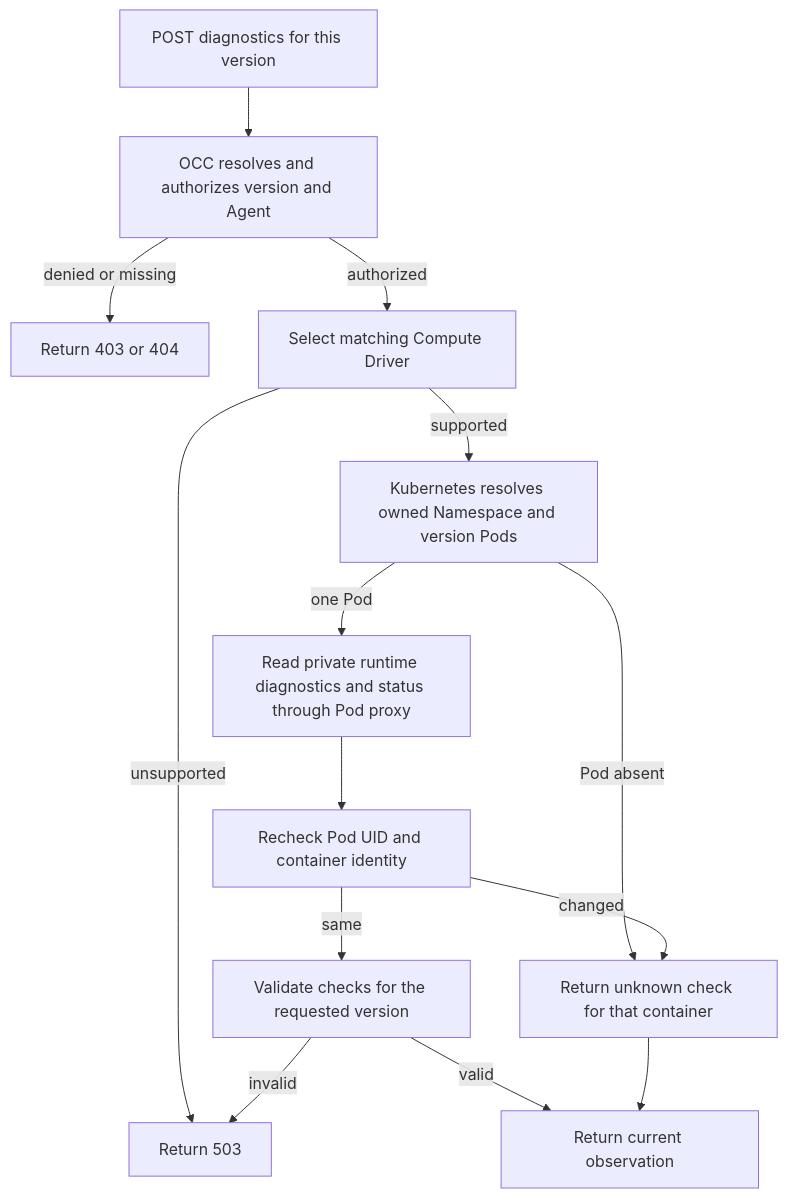
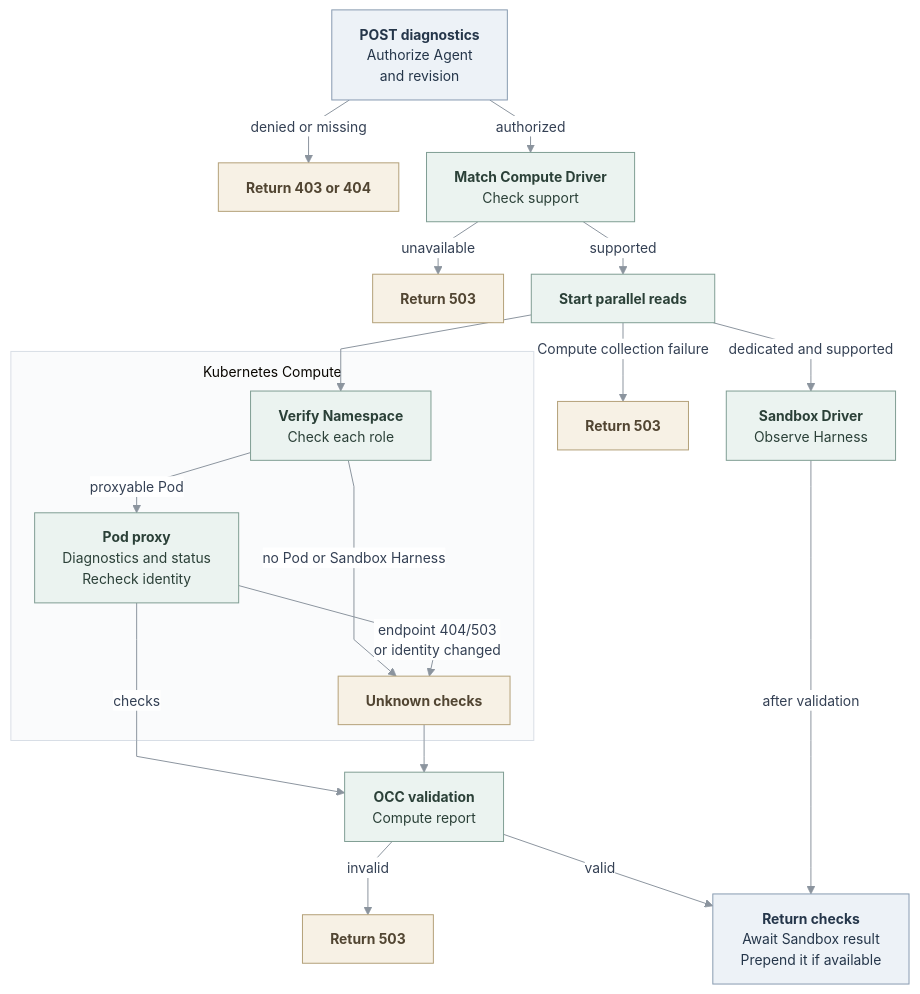
Before and after one commit to openclaw/openclaw-enterprise: the diagram in docs/flows/agent-deployment-diagnostics.md, drawn with Mermaid. The commit also changed other lines of this file and 1 other file, not shown here.

Commit message:
docs: correct Agent ownership and deployment diagnostics

````diff
--- a/docs/flows/agent-deployment-diagnostics.md
+++ b/docs/flows/agent-deployment-diagnostics.md
@@ -28,16 +28,29 @@
 ```mermaid
 graph TD
-  A["POST diagnostics for this version"] --> B["OCC resolves and authorizes version and Agent"]
-  B -->|denied or missing| C["Return 403 or 404"]
-  B -->|authorized| D["Select matching Compute Driver"]
-  D -->|unsupported| E["Return 503"]
-  D -->|supported| F["Kubernetes resolves owned Namespace and version Pods"]
-  F -->|Pod absent| G["Return unknown check for that container"]
-  F -->|one Pod| H["Read private runtime diagnostics and status through Pod proxy"]
-  H --> I["Recheck Pod UID and container identity"]
-  I -->|changed| G
-  I -->|same| J["Validate checks for the requested version"]
-  J -->|invalid| E
-  J -->|valid| K["Return current observation"]
-  G --> K
+  %%{init: {"theme":"base","htmlLabels":true,"themeVariables":{"fontSize":"14px","primaryTextColor":"#344054","lineColor":"#8B949E","edgeLabelBackground":"#FFFFFF","clusterBkg":"#FAFBFC","clusterBorder":"#D8DEE6"},"flowchart":{"curve":"linear","nodeSpacing":28,"rankSpacing":32,"padding":14,"diagramPadding":12,"subGraphTitleMargin":{"top":10,"bottom":14}}}}%%
+  A["<b>POST diagnostics</b><br/>Authorize Agent<br/>and revision"] -->|denied or missing| C["<b>Return 403 or 404</b>"]
+  A -->|authorized| D["<b>Match Compute Driver</b><br/>Check support"]
+  D -->|unavailable| U["<b>Return 503</b>"]
+  D -->|supported| B["<b>Start parallel reads</b>"]
+  B --> F
+  B -->|Compute collection failure| X["<b>Return 503</b>"]
+  B -->|dedicated and supported| S["<b>Sandbox Driver</b><br/>Observe Harness"]
+  subgraph Pods["Kubernetes Compute"]
+    F["<b>Verify Namespace</b><br/>Check each role"] -->|proxyable Pod| H["<b>Pod proxy</b><br/>Diagnostics and status<br/>Recheck identity"]
+    F -->|no Pod or Sandbox Harness| G["<b>Unknown checks</b>"]
+    H -->|endpoint 404/503<br/>or identity changed| G
+  end
+  H -->|checks| J["<b>OCC validation</b><br/>Compute report"]
+  G --> J
+  J -->|invalid| E["<b>Return 503</b>"]
+  J -->|valid| K["<b>Return checks</b><br/>Await Sandbox result<br/>Prepend it if available"]
+  S ----->|after validation| K
+  classDef draft fill:#EDF2F7,stroke:#879AB0,color:#25364A,stroke-width:1px
+  classDef operation fill:#EBF3F0,stroke:#7F9D93,color:#2B4038,stroke-width:1px
+  classDef blocked fill:#F7F1E5,stroke:#B3A078,color:#514532,stroke-width:1px
+  class A,K draft
+  class B,D,F,H,J,S operation
+  class C,U,E,G,X blocked
+  style Pods fill:#FAFBFC,stroke:#D8DEE6,stroke-width:1px
+  linkStyle default stroke:#8B949E,stroke-width:1px
 ```
````
